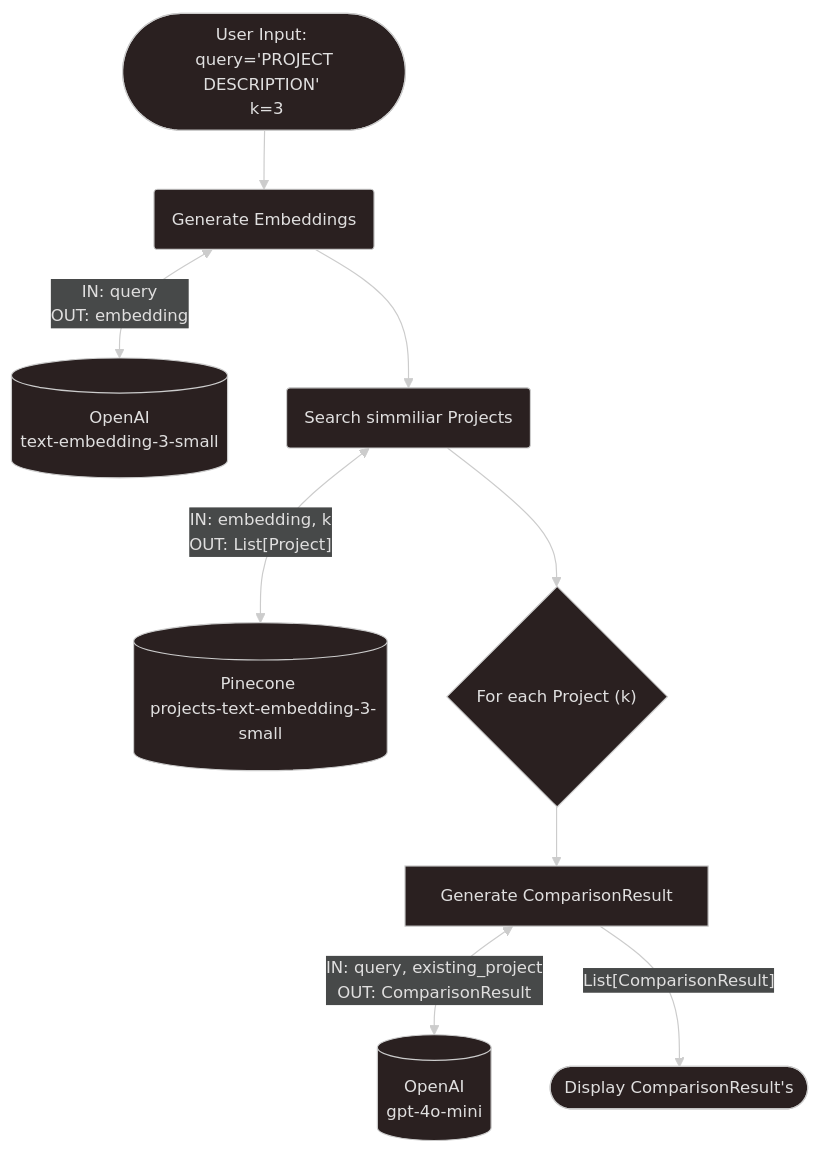
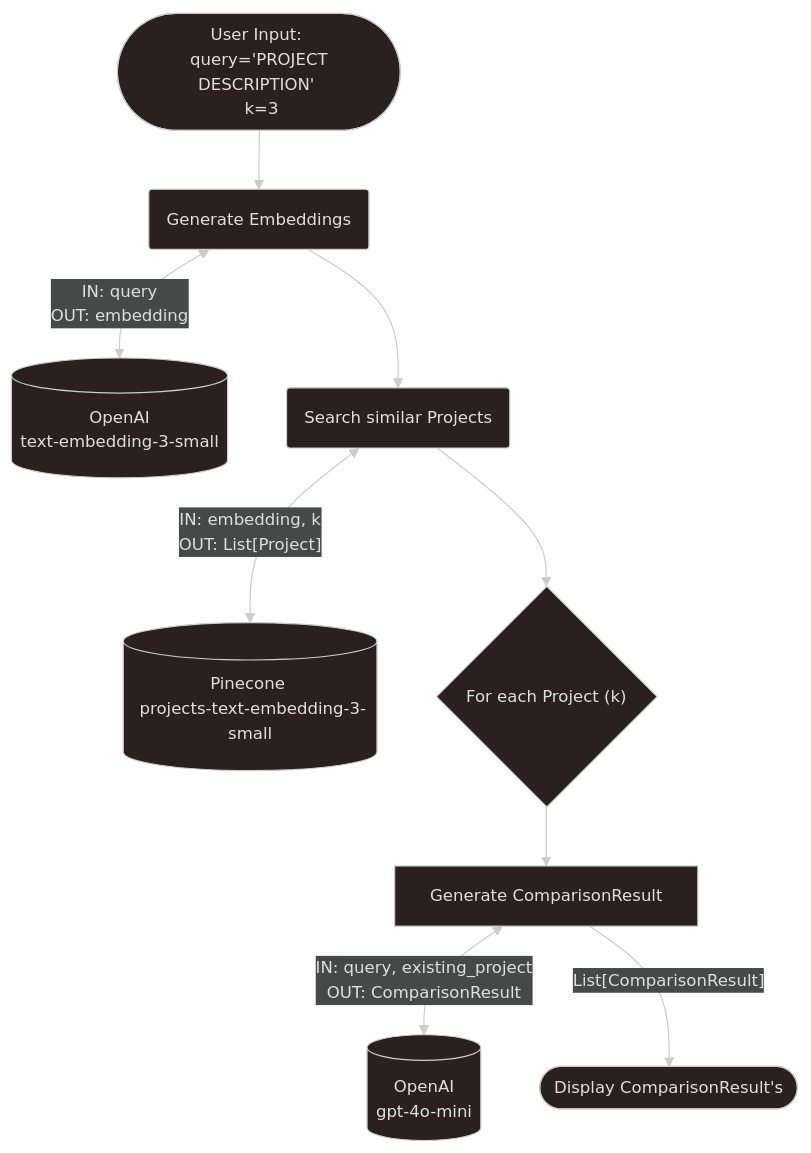
Before and after one commit to turboflo/horizon-scope: the diagram in README.md, drawn with Mermaid. The commit also changed other lines of this file, not shown here.

````diff
--- a/README.md
+++ b/README.md
@@ -5,20 +31,16 @@
 ```mermaid
 ---
 config:
   theme: neo-dark
 ---
 
 flowchart TD
     A(["User Input: <br> query='PROJECT DESCRIPTION' <br> k=3"]) --> B("Generate Embeddings")
     B <-- IN: query <br> OUT: embedding --> X_B[("OpenAI <br> text-embedding-3-small")]
-    B --> C("Search simmiliar Projects")
+    B --> C("Search similar Projects")
     C <-- IN: embedding, k <br> OUT: List[Project] --> X_C[("Pinecone <br> projects-text-embedding-3-small")]
     C --> D{"For each Project (k)"}
     D --> E["Generate ComparisonResult"]
     E <-- IN: query, existing_project <br> OUT: ComparisonResult --> X_E[("OpenAI <br> gpt-4o-mini")]
     E -- List[ComparisonResult] --> F(["Display ComparisonResult's"])
-
-
-
-
 ```
````
